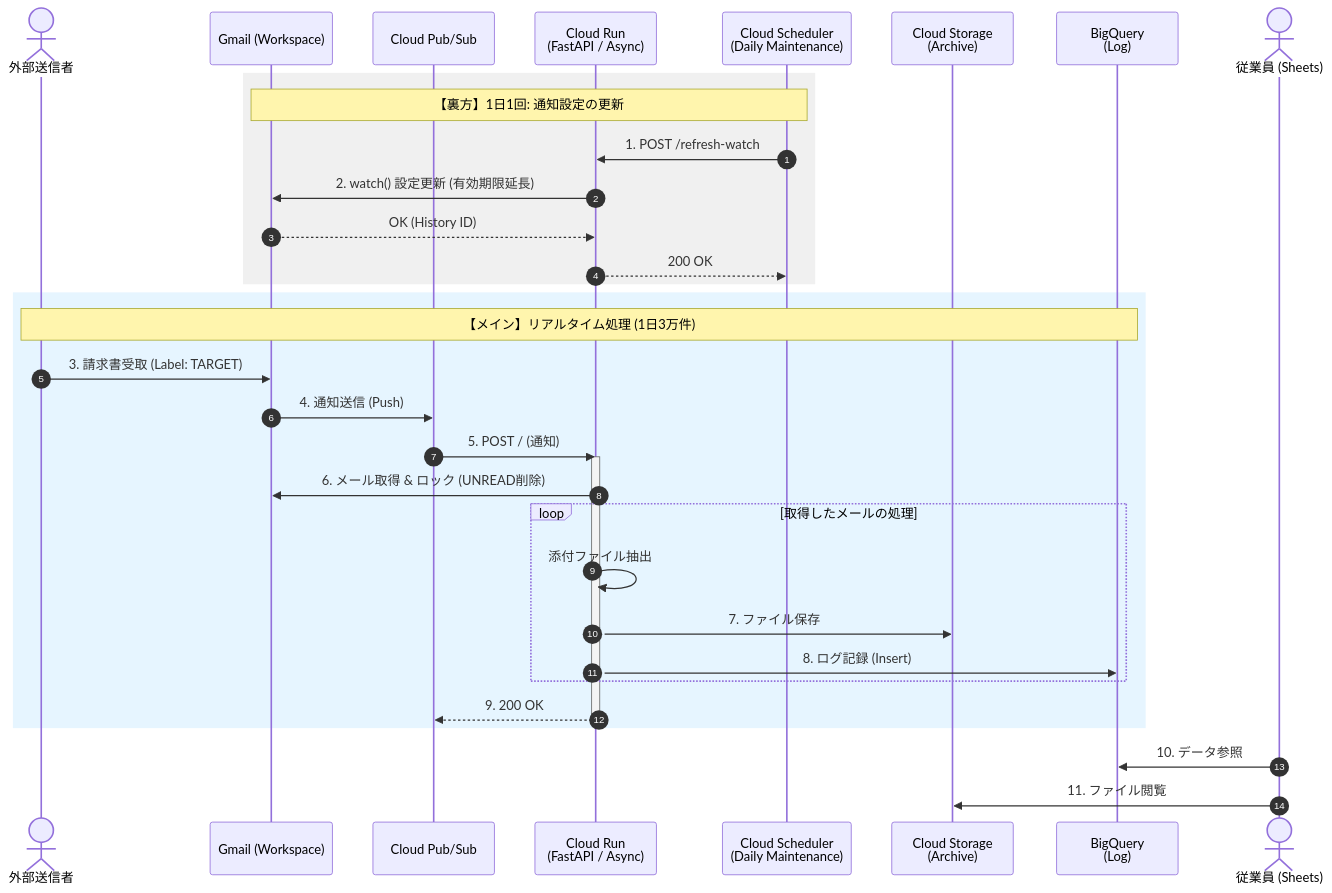
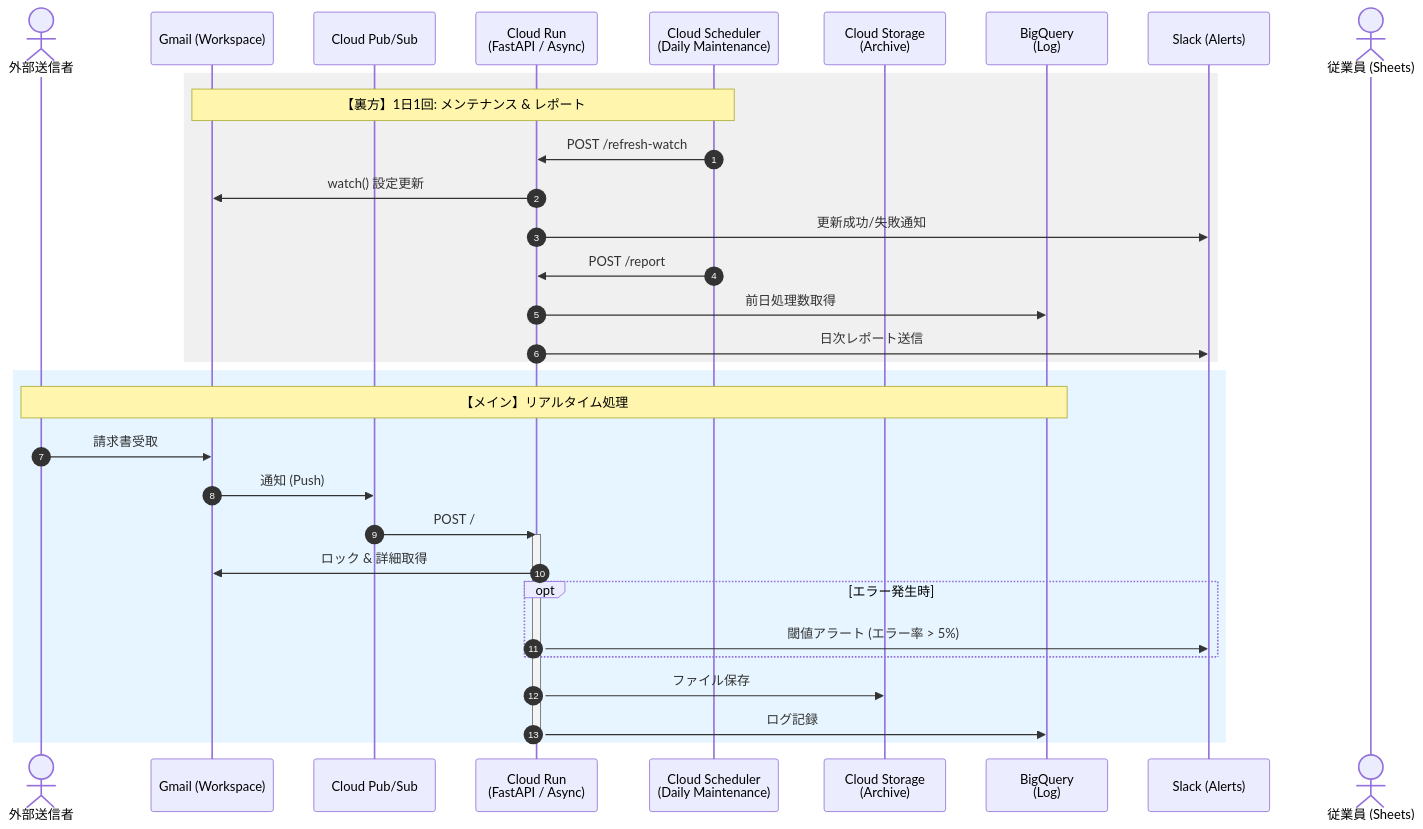
One commit to taichan-33/invoice_prpject changed the first of 3 diagrams in project.md. Above: the diagram before and after it, drawn with Mermaid. The commit also changed other lines of this file and 21 other files, not shown here.

````diff
--- a/project.md
+++ b/project.md
@@ -29,44 +29,43 @@
 ```mermaid
 sequenceDiagram
     autonumber
     actor Sender as 外部送信者
     participant Gmail as Gmail (Workspace)
     participant PubSub as Cloud Pub/Sub
     participant CR as Cloud Run<br>(FastAPI / Async)
     participant Scheduler as Cloud Scheduler<br>(Daily Maintenance)
     participant GCS as Cloud Storage<br>(Archive)
     participant BQ as BigQuery<br>(Log)
+    participant Slack as Slack (Alerts)
     actor Emp as 従業員 (Sheets)
 
-    %% --- 1. 定期メンテナンス (通知設定の維持) ---
+    %% --- 1. 定期メンテナンス & レポート ---
     rect rgb(240, 240, 240)
-        Note over Scheduler, Gmail: 【裏方】1日1回: 通知設定の更新
-        Scheduler->>CR: 1. POST /refresh-watch
-        CR->>Gmail: 2. watch() 設定更新 (有効期限延長)
-        Gmail-->>CR: OK (History ID)
-        CR-->>Scheduler: 200 OK
+        Note over Scheduler, Gmail: 【裏方】1日1回: メンテナンス & レポート
+        Scheduler->>CR: POST /refresh-watch
+        CR->>Gmail: watch() 設定更新
+        CR->>Slack: 更新成功/失敗通知
+        Scheduler->>CR: POST /report
+        CR->>BQ: 前日処理数取得
+        CR->>Slack: 日次レポート送信
     end
 
     %% --- 2. リアルタイム処理 (本番稼働) ---
     rect rgb(230, 245, 255)
-        Note over Sender, BQ: 【メイン】リアルタイム処理 (1日3万件)
-        Sender->>Gmail: 3. 請求書受取 (Label: TARGET)
-        Gmail->>PubSub: 4. 通知送信 (Push)
-        PubSub->>CR: 5. POST / (通知)
+        Note over Sender, BQ: 【メイン】リアルタイム処理
+        Sender->>Gmail: 請求書受取
+        Gmail->>PubSub: 通知 (Push)
+        PubSub->>CR: POST /
 
         activate CR
-        CR->>Gmail: 6. メール取得 & ロック (UNREAD削除)
+        CR->>Gmail: ロック & 詳細取得
 
-        loop 取得したメールの処理
-            CR->>CR: 添付ファイル抽出
-            CR->>GCS: 7. ファイル保存
-            CR->>BQ: 8. ログ記録 (Insert)
+        opt エラー発生時
+            CR->>Slack: 閾値アラート (エラー率 > 5%)
         end
 
-        CR-->>PubSub: 9. 200 OK
+        CR->>GCS: ファイル保存
+        CR->>BQ: ログ記録
         deactivate CR
     end
-
-    Emp->>BQ: 10. データ参照
-    Emp->>GCS: 11. ファイル閲覧
 ```
````
